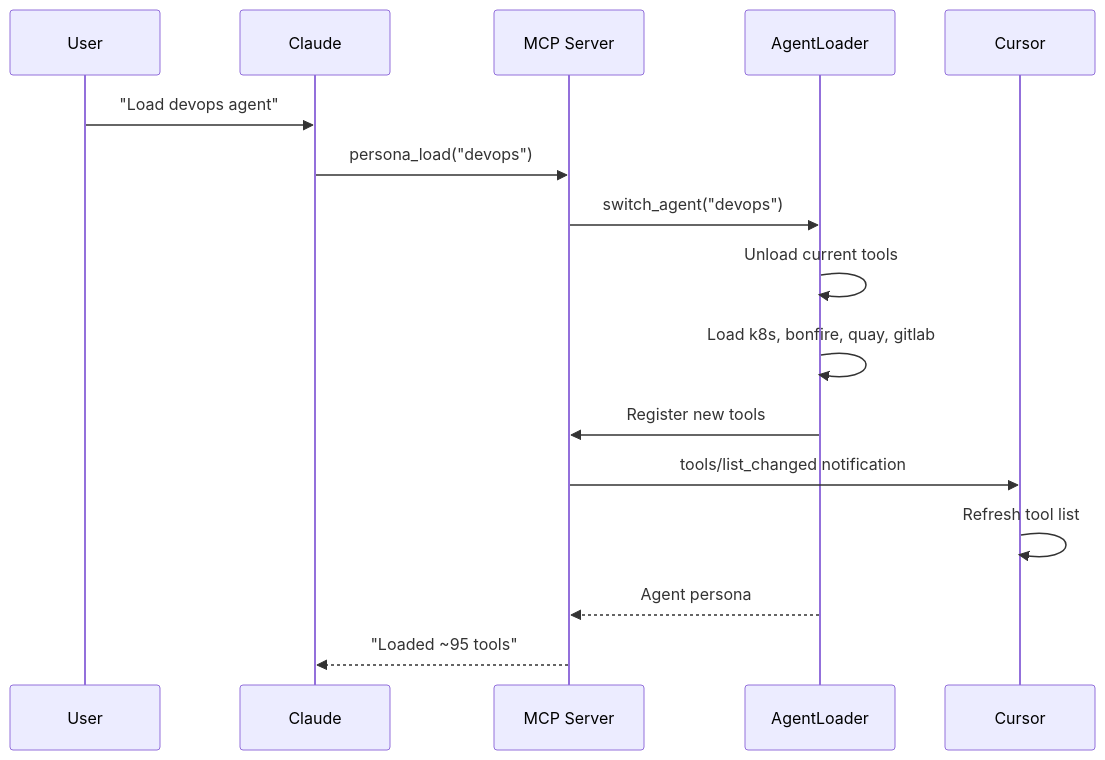
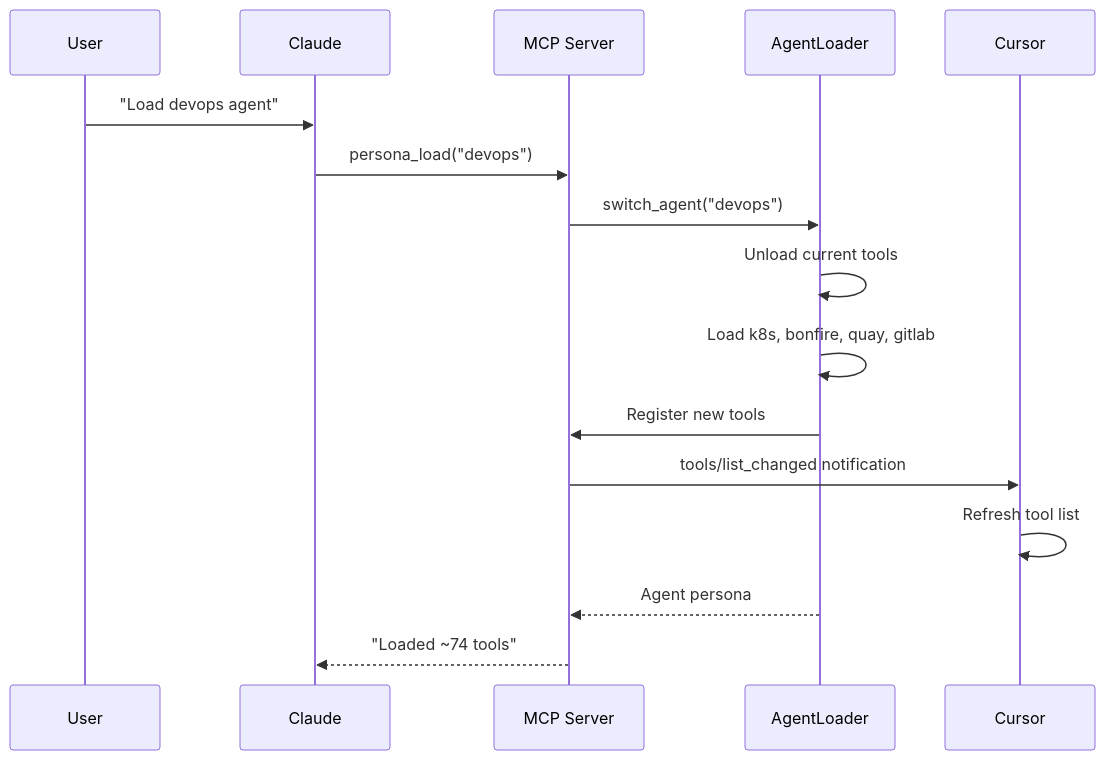
One commit to dmzoneill/redhat-ai-workflow changed the second of 4 diagrams in docs/architecture/README.md. Above: the diagram before and after it, drawn with Mermaid. The commit also changed other lines of this file and 70 other files, not shown here.

````diff
--- a/docs/architecture/README.md
+++ b/docs/architecture/README.md
@@ -100,19 +100,19 @@
 ```mermaid
 sequenceDiagram
     participant User
     participant Claude
     participant MCP as MCP Server
     participant Loader as AgentLoader
     participant Cursor
 
     User->>Claude: "Load devops agent"
     Claude->>MCP: persona_load("devops")
     MCP->>Loader: switch_agent("devops")
     Loader->>Loader: Unload current tools
     Loader->>Loader: Load k8s, bonfire, quay, gitlab
     Loader->>MCP: Register new tools
     MCP->>Cursor: tools/list_changed notification
     Cursor->>Cursor: Refresh tool list
     Loader-->>MCP: Agent persona
-    MCP-->>Claude: "Loaded ~95 tools"
+    MCP-->>Claude: "Loaded ~74 tools"
 ```
````
